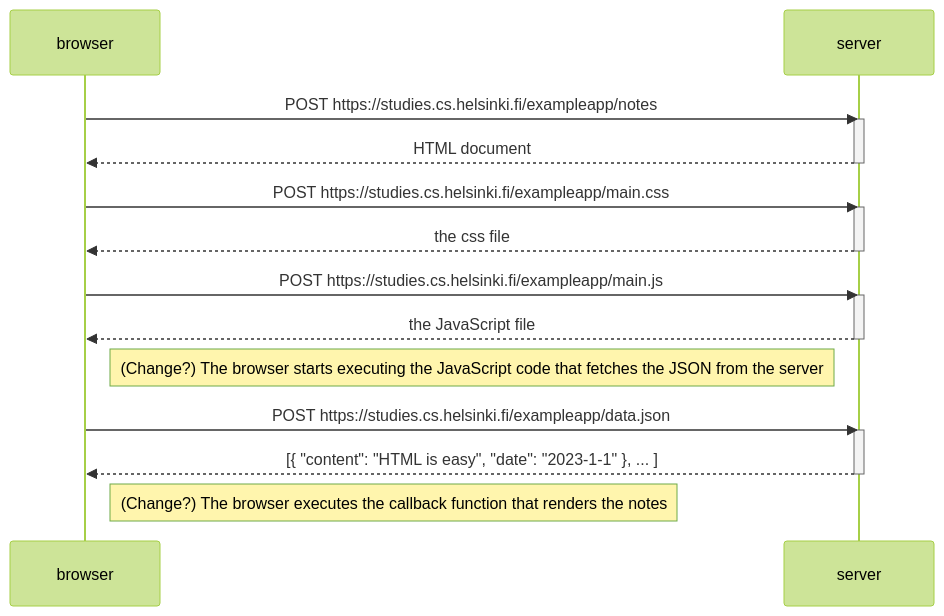
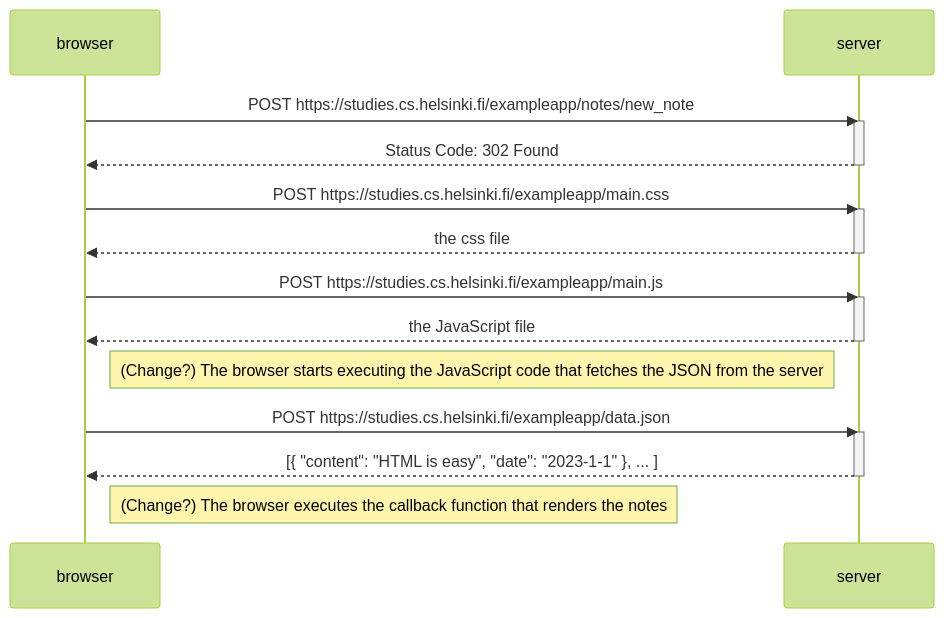
Before and after one commit to aleks8/fullstackopen: the diagram in part 0/new-note-diagram-[0.4].md, drawn with Mermaid (forest theme).

````diff
--- a/part 0/new-note-diagram-[0.4].md
+++ b/part 0/new-note-diagram-[0.4].md
@@ -1,29 +1,29 @@
 ```mermaid
 sequenceDiagram
     participant browser
     participant server
 
-    browser->>server: POST https://studies.cs.helsinki.fi/exampleapp/notes
+    browser->>server: POST https://studies.cs.helsinki.fi/exampleapp/notes/new_note
     activate server
-    server-->>browser: HTML document
+    server-->>browser: Status Code: 302 Found
     deactivate server
 
     browser->>server: POST https://studies.cs.helsinki.fi/exampleapp/main.css
     activate server
     server-->>browser: the css file
     deactivate server
 
     browser->>server: POST https://studies.cs.helsinki.fi/exampleapp/main.js
     activate server
     server-->>browser: the JavaScript file
     deactivate server
 
     Note right of browser: (Change?) The browser starts executing the JavaScript code that fetches the JSON from the server
 
     browser->>server: POST https://studies.cs.helsinki.fi/exampleapp/data.json
     activate server
     server-->>browser: [{ "content": "HTML is easy", "date": "2023-1-1" }, ... ]
     deactivate server
 
     Note right of browser: (Change?) The browser executes the callback function that renders the notes
 ```
````
